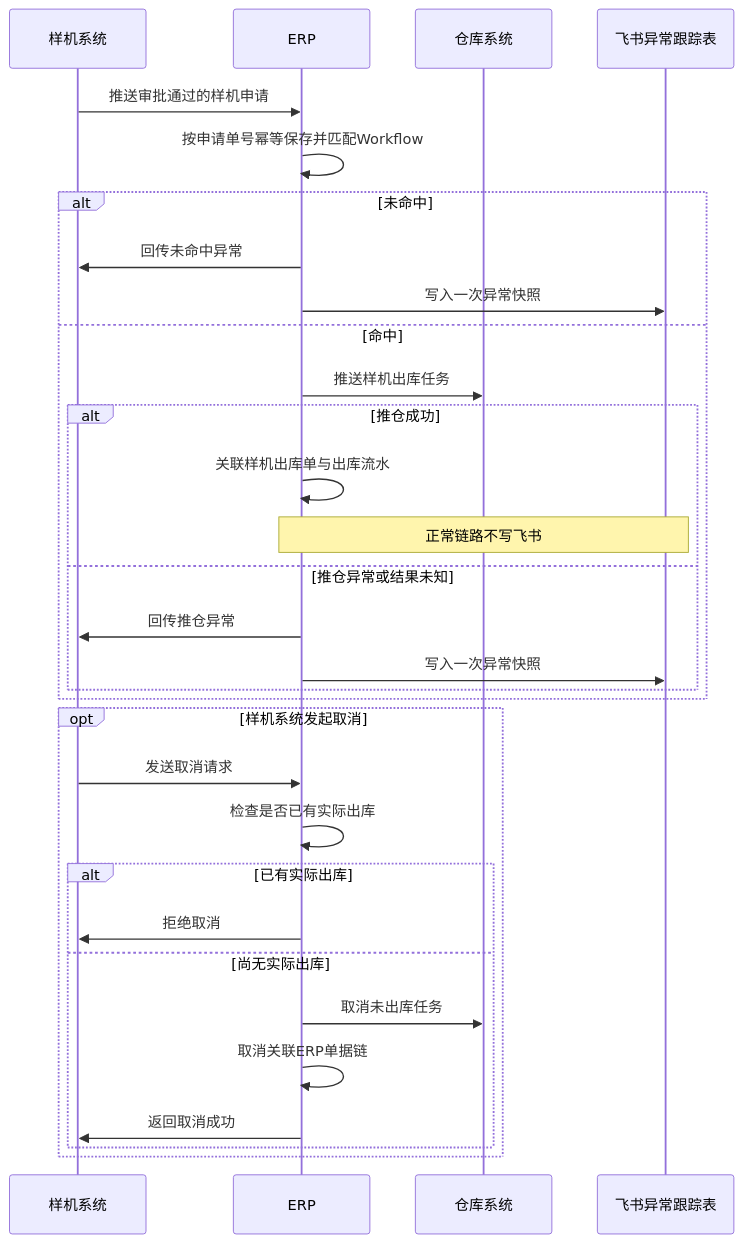
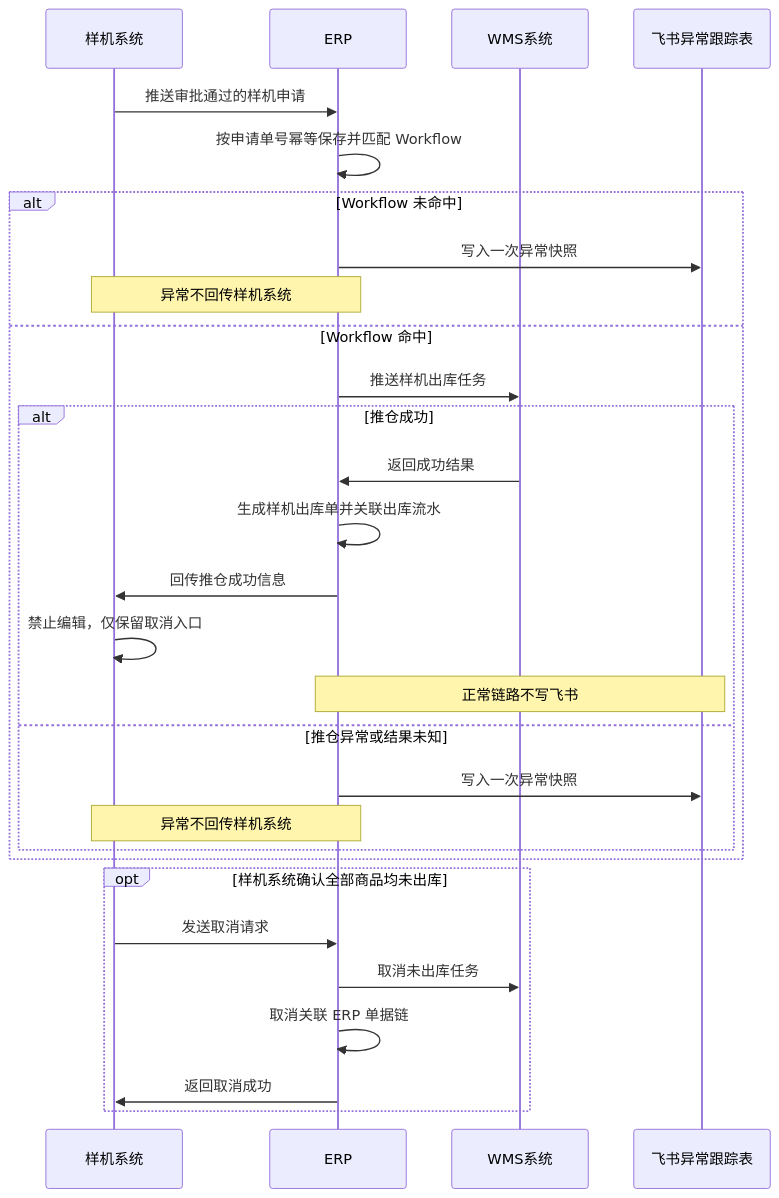
The diagram in docs/v0.28.4/tasks/0210/product-plan.md (arlo-hello/erp-ai-docs-arlo), drawn with Mermaid before and after one commit. The commit also changed other lines of this file and 3 other files, not shown here.

````diff
--- a/docs/v0.28.4/tasks/0210/product-plan.md
+++ b/docs/v0.28.4/tasks/0210/product-plan.md
@@ -13,33 +13,31 @@
 ```mermaid
 sequenceDiagram
   participant S as 样机系统
   participant E as ERP
-  participant W as 仓库系统
+  participant W as WMS系统
   participant F as 飞书异常跟踪表
   S->>E: 推送审批通过的样机申请
-  E->>E: 按申请单号幂等保存并匹配Workflow
-  alt 未命中
-    E->>S: 回传未命中异常
+  E->>E: 按申请单号幂等保存并匹配 Workflow
+  alt Workflow 未命中
     E->>F: 写入一次异常快照
-  else 命中
+    Note over E,S: 异常不回传样机系统
+  else Workflow 命中
     E->>W: 推送样机出库任务
     alt 推仓成功
-      E->>E: 关联样机出库单与出库流水
+      W->>E: 返回成功结果
+      E->>E: 生成样机出库单并关联出库流水
+      E->>S: 回传推仓成功信息
+      S->>S: 禁止编辑，仅保留取消入口
       Note over E,F: 正常链路不写飞书
     else 推仓异常或结果未知
-      E->>S: 回传推仓异常
       E->>F: 写入一次异常快照
+      Note over E,S: 异常不回传样机系统
     end
   end
-  opt 样机系统发起取消
+  opt 样机系统确认全部商品均未出库
     S->>E: 发送取消请求
-    E->>E: 检查是否已有实际出库
-    alt 已有实际出库
-      E->>S: 拒绝取消
-    else 尚无实际出库
-      E->>W: 取消未出库任务
-      E->>E: 取消关联ERP单据链
-      E->>S: 返回取消成功
-    end
+    E->>W: 取消未出库任务
+    E->>E: 取消关联 ERP 单据链
+    E->>S: 返回取消成功
   end
 ```
````
